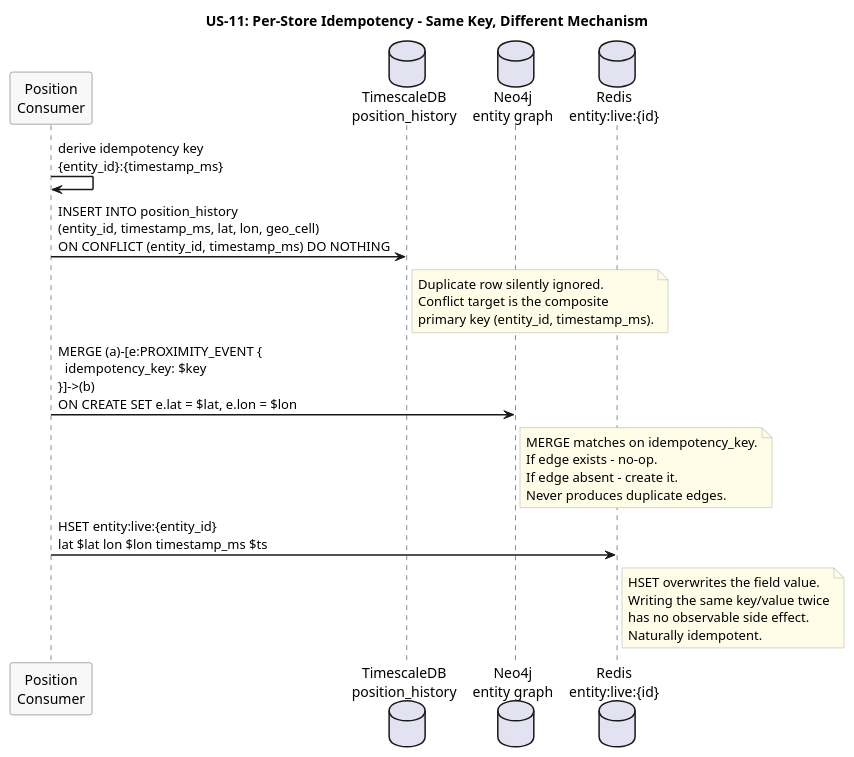
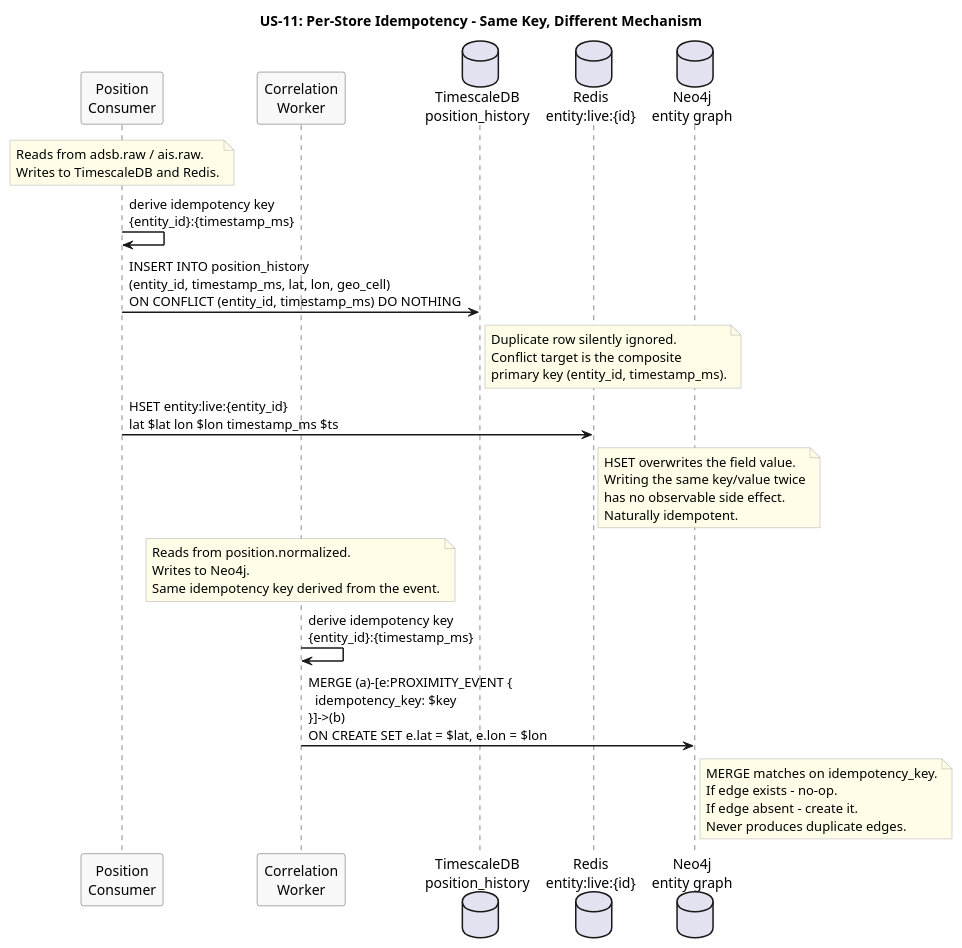
The diagram in docs/use-cases/US-11-idempotent-writes/per-store-idempotency.puml (Buffden/sentinel), drawn with PlantUML before and after one commit. The commit also changed 4 other files, not shown here.

Commit message:
docs: fix alert emission and store ownership - alert evaluator emits all alerts, position consumer owns TSDB and Redis, correlation worker owns Neo4j

```diff
--- a/docs/use-cases/US-11-idempotent-writes/per-store-idempotency.puml
+++ b/docs/use-cases/US-11-idempotent-writes/per-store-idempotency.puml
@@ -1,43 +1,57 @@
 @startuml per-store-idempotency
 title US-11: Per-Store Idempotency - Same Key, Different Mechanism
 
 skinparam sequenceArrowThickness 1.5
 skinparam participantBorderColor #555555
 skinparam participantBackgroundColor #F8F8F8
 skinparam noteBorderColor #AAAAAA
 skinparam noteBackgroundColor #FFFDE7
 
-participant "Position\nConsumer" as Consumer
+participant "Position\nConsumer" as PosConsumer
+participant "Correlation\nWorker" as CorrWorker
 database "TimescaleDB\nposition_history" as TSDB
+database "Redis\nentity:live:{id}" as Redis
 database "Neo4j\nentity graph" as Neo4j
-database "Redis\nentity:live:{id}" as Redis
 
-Consumer -> Consumer : derive idempotency key\n{entity_id}:{timestamp_ms}
+note over PosConsumer
+  Reads from adsb.raw / ais.raw.
+  Writes to TimescaleDB and Redis.
+end note
 
-Consumer -> TSDB : INSERT INTO position_history\n(entity_id, timestamp_ms, lat, lon, geo_cell)\nON CONFLICT (entity_id, timestamp_ms) DO NOTHING
+PosConsumer -> PosConsumer : derive idempotency key\n{entity_id}:{timestamp_ms}
+
+PosConsumer -> TSDB : INSERT INTO position_history\n(entity_id, timestamp_ms, lat, lon, geo_cell)\nON CONFLICT (entity_id, timestamp_ms) DO NOTHING
 
 note right of TSDB
   Duplicate row silently ignored.
   Conflict target is the composite
   primary key (entity_id, timestamp_ms).
 end note
 
-Consumer -> Neo4j : MERGE (a)-[e:PROXIMITY_EVENT {\n  idempotency_key: $key\n}]->(b)\nON CREATE SET e.lat = $lat, e.lon = $lon
+PosConsumer -> Redis : HSET entity:live:{entity_id}\nlat $lat lon $lon timestamp_ms $ts
+
+note right of Redis
+  HSET overwrites the field value.
+  Writing the same key/value twice
+  has no observable side effect.
+  Naturally idempotent.
+end note
+
+note over CorrWorker
+  Reads from position.normalized.
+  Writes to Neo4j.
+  Same idempotency key derived from the event.
+end note
+
+CorrWorker -> CorrWorker : derive idempotency key\n{entity_id}:{timestamp_ms}
+
+CorrWorker -> Neo4j : MERGE (a)-[e:PROXIMITY_EVENT {\n  idempotency_key: $key\n}]->(b)\nON CREATE SET e.lat = $lat, e.lon = $lon
 
 note right of Neo4j
   MERGE matches on idempotency_key.
   If edge exists - no-op.
   If edge absent - create it.
   Never produces duplicate edges.
 end note
 
-Consumer -> Redis : HSET entity:live:{entity_id}\nlat $lat lon $lon timestamp_ms $ts
-
-note right of Redis
-  HSET overwrites the field value.
-  Writing the same key/value twice
-  has no observable side effect.
-  Naturally idempotent.
-end note
-
 @enduml
```
